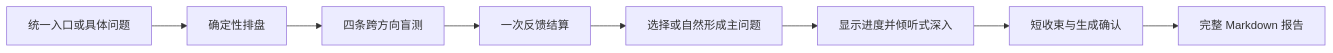
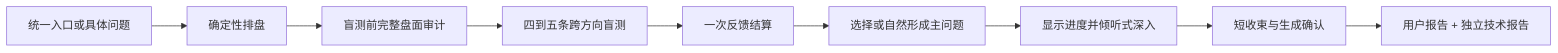
One commit to guojiahh/afei-destiny-skill changed the diagram in README.md. Above: the diagram before and after it, drawn with Mermaid. The commit also changed other lines of this file and 17 other files, not shown here.

````diff
--- a/README.md
+++ b/README.md
@@ -88,10 +88,11 @@
 ```mermaid
 flowchart LR
     A["统一入口或具体问题"] --> B["确定性排盘"]
-    B --> C["四条跨方向盲测"]
+    B --> B2["盲测前完整盘面审计"]
+    B2 --> C["四到五条跨方向盲测"]
     C --> D["一次反馈结算"]
     D --> E["选择或自然形成主问题"]
     E --> F["显示进度并倾听式深入"]
     F --> G["短收束与生成确认"]
-    G --> H["完整 Markdown 报告"]
+    G --> H["用户报告 + 独立技术报告"]
 ```
````
